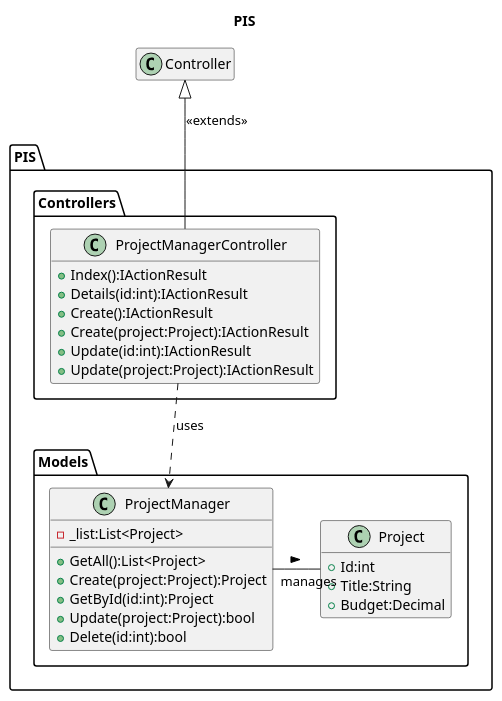
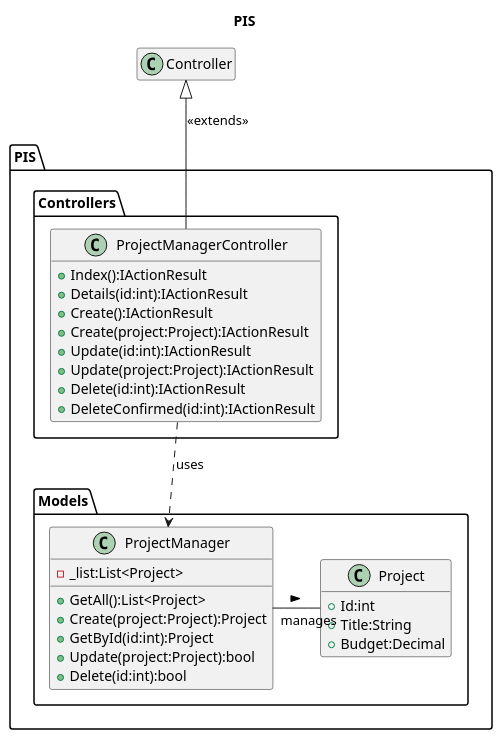
One commit to zcomert/project-information-system changed the diagram in UMLs/PIS.wsd. Above: the diagram before and after it, drawn with PlantUML. The commit also changed 4 other files, not shown here.

```diff
--- a/UMLs/PIS.wsd
+++ b/UMLs/PIS.wsd
@@ -1,46 +1,48 @@
 @startuml
 title PIS
 
 package PIS.Models
 {
     class Project
     {
         +Id:int
         +Title:String
         +Budget:Decimal
     }
 
     class ProjectManager
     {
         -_list:List<Project>
         
         +GetAll():List<Project>
         +Create(project:Project):Project
         +GetById(id:int):Project
         +Update(project:Project):bool
         +Delete(id:int):bool
     }
 }
 
 package PIS.Controllers 
 {
     class ProjectManagerController{
         +Index():IActionResult
         +Details(id:int):IActionResult
         +Create():IActionResult
         +Create(project:Project):IActionResult
         +Update(id:int):IActionResult
         +Update(project:Project):IActionResult
+        +Delete(id:int):IActionResult
+        +DeleteConfirmed(id:int):IActionResult
     }
 }
 
 class Controller{}
 
 ProjectManager - Project : > "manages"
 ProjectManagerController -up-|> Controller : "<<extends>>"
 ProjectManagerController ..> ProjectManager : "uses"
 
 
 
 hide empty members
 @enduml
```
